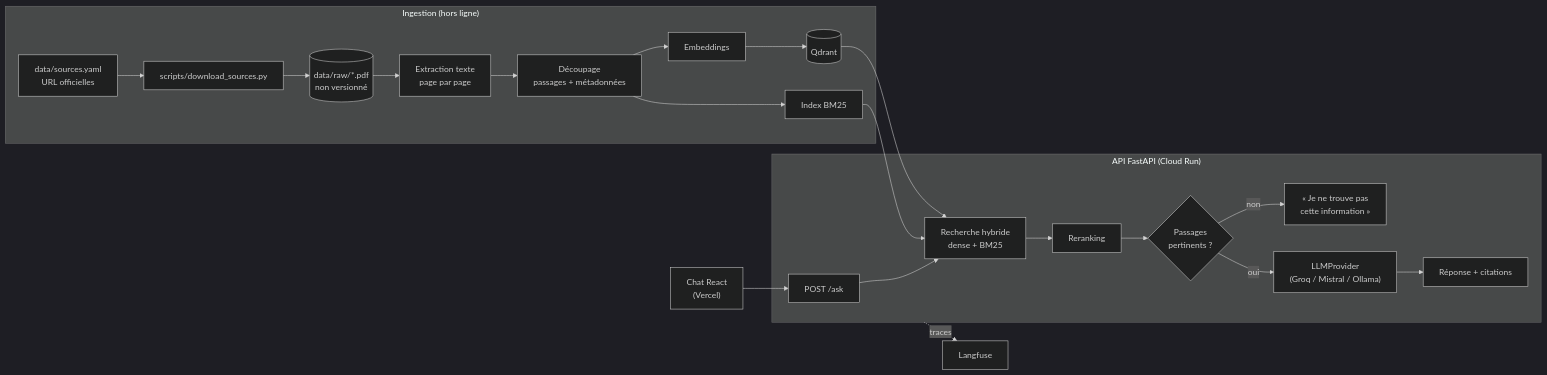
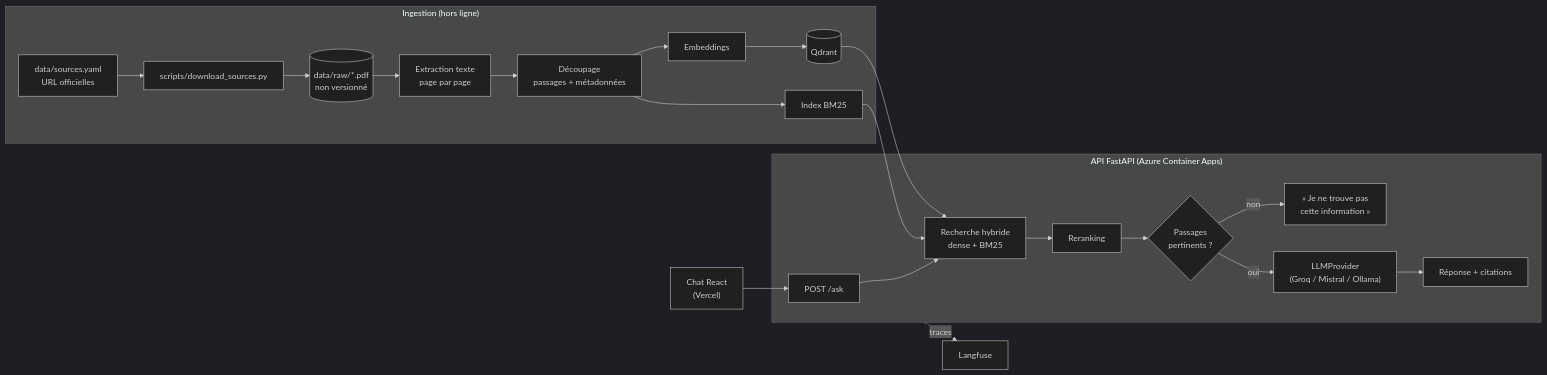
One commit to ItxMveng/policy-binder changed the diagram in SPEC.md. Above: the diagram before and after it, drawn with Mermaid (dark theme). The commit also changed other lines of this file and 3 other files, not shown here.

Commit message:
docs(p1): déploiement public sur Azure Container Apps et Vercel, fiche P1-12

````diff
--- a/SPEC.md
+++ b/SPEC.md
@@ -24,24 +24,24 @@
 ```mermaid
 flowchart LR
     subgraph Ingestion["Ingestion (hors ligne)"]
       SRC["data/sources.yaml<br/>URL officielles"] --> DL["scripts/download_sources.py"]
       DL --> RAW[("data/raw/*.pdf<br/>non versionné")]
       RAW --> EXT["Extraction texte<br/>page par page"]
       EXT --> CH["Découpage<br/>passages + métadonnées"]
       CH --> EMB["Embeddings"]
       EMB --> QD[("Qdrant")]
       CH --> BM["Index BM25"]
     end
-    subgraph Service["API FastAPI (Cloud Run)"]
+    subgraph Service["API FastAPI (Azure Container Apps)"]
       Q["POST /ask"] --> RET["Recherche hybride<br/>dense + BM25"]
       RET --> RR["Reranking"]
       RR --> AB{"Passages<br/>pertinents ?"}
       AB -->|non| NO["« Je ne trouve pas<br/>cette information »"]
       AB -->|oui| LLM["LLMProvider<br/>(Groq / Mistral / Ollama)"]
       LLM --> ANS["Réponse + citations"]
     end
     QD --> RET
     BM --> RET
     UI["Chat React<br/>(Vercel)"] --> Q
     Service -.traces.-> LF["Langfuse"]
 ```
````
